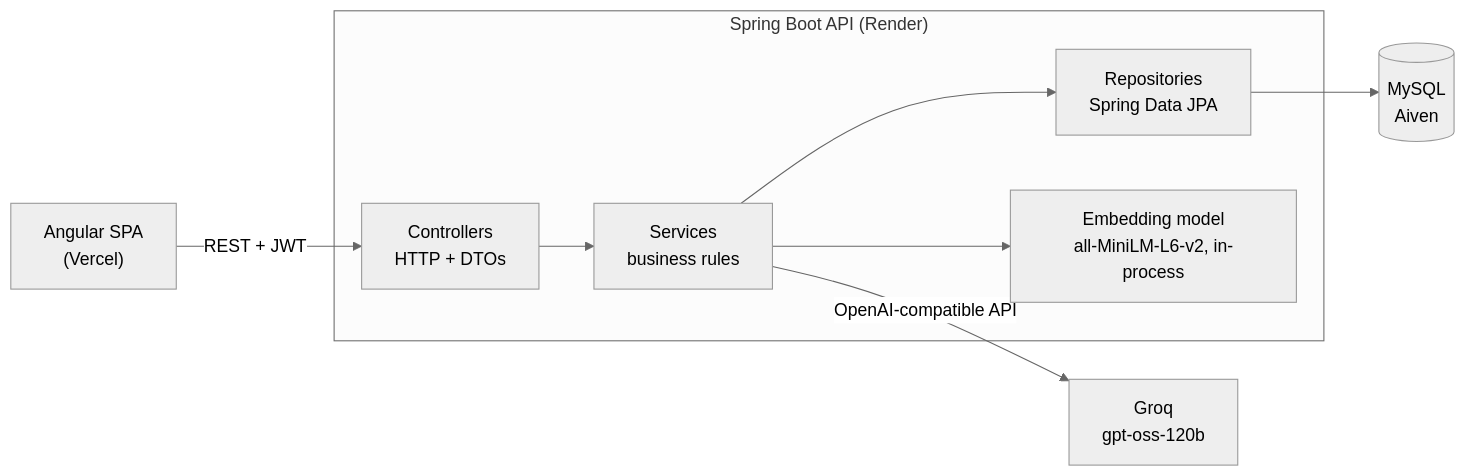
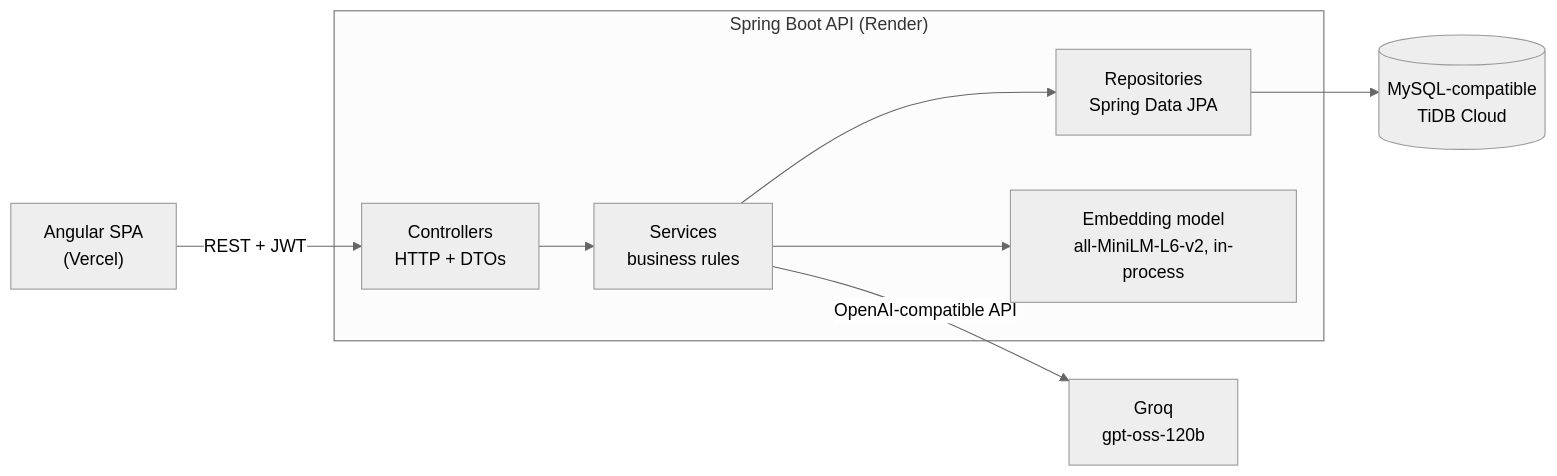
One commit to kymanirjarrett/clausify changed the first of 2 diagrams in README.md. Above: the diagram before and after it, drawn with Mermaid (neutral theme). The commit also changed other lines of this file and 9 other files, not shown here.

Commit message:
chore(deploy): move hosted MySQL from Aiven to TiDB Cloud Starter

````diff
--- a/README.md
+++ b/README.md
@@ -43,11 +43,11 @@
 ```mermaid
 flowchart LR
     UI["Angular SPA<br/>(Vercel)"] -- "REST + JWT" --> C
     subgraph API["Spring Boot API (Render)"]
         C["Controllers<br/>HTTP + DTOs"] --> S["Services<br/>business rules"]
         S --> R["Repositories<br/>Spring Data JPA"]
         S --> E["Embedding model<br/>all-MiniLM-L6-v2, in-process"]
     end
-    R --> DB[("MySQL<br/>Aiven")]
+    R --> DB[("MySQL-compatible<br/>TiDB Cloud")]
     S -- "OpenAI-compatible API" --> G["Groq<br/>gpt-oss-120b"]
 ```
````
